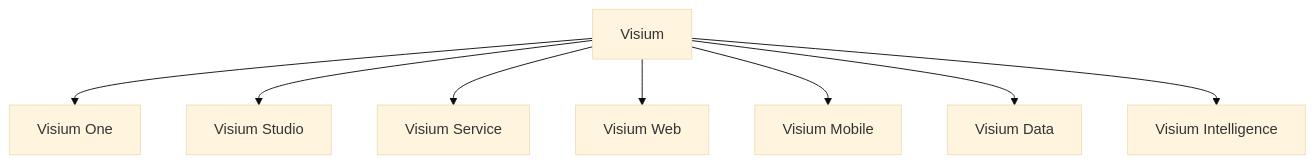
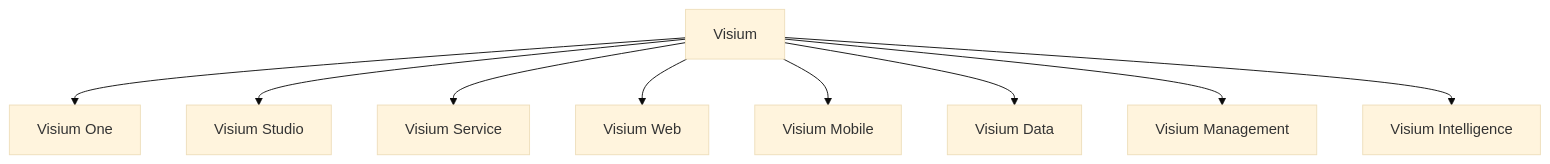
The diagram in docs/visium-urun-agaci-ve-menu-mimarisi.md (YasinBulgani/cortex-ai-automation), drawn with Mermaid (base theme) before and after one commit. The commit also changed other lines of this file and 38 other files, not shown here.

````diff
--- a/docs/visium-urun-agaci-ve-menu-mimarisi.md
+++ b/docs/visium-urun-agaci-ve-menu-mimarisi.md
@@ -37,10 +38,11 @@
 ```mermaid
 graph TD
     A["Visium"] --> B["Visium One"]
     A --> C["Visium Studio"]
     A --> D["Visium Service"]
     A --> E["Visium Web"]
     A --> F["Visium Mobile"]
     A --> G["Visium Data"]
-    A --> H["Visium Intelligence"]
+    A --> H["Visium Management"]
+    A --> I["Visium Intelligence"]
 ```
````
